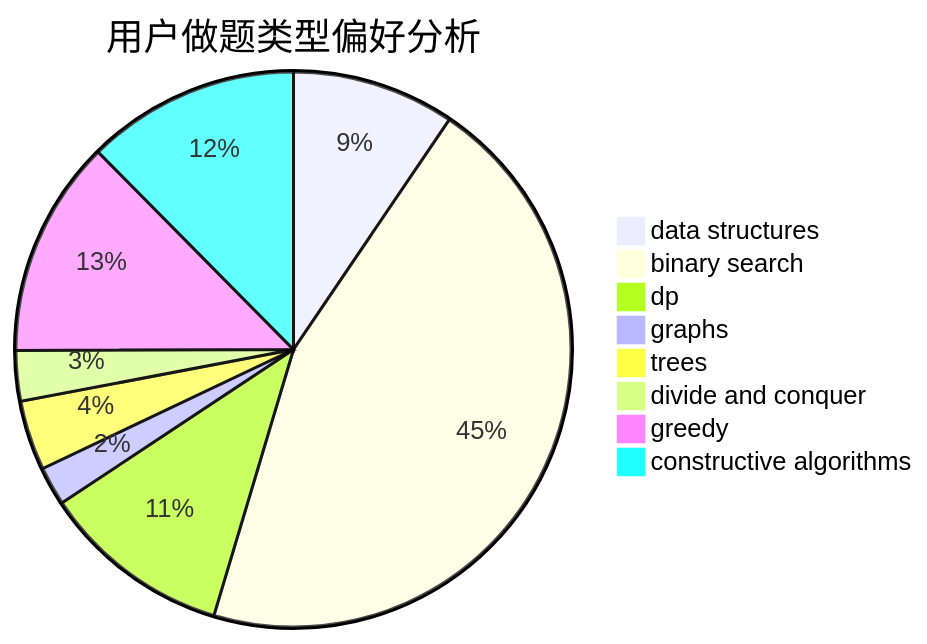
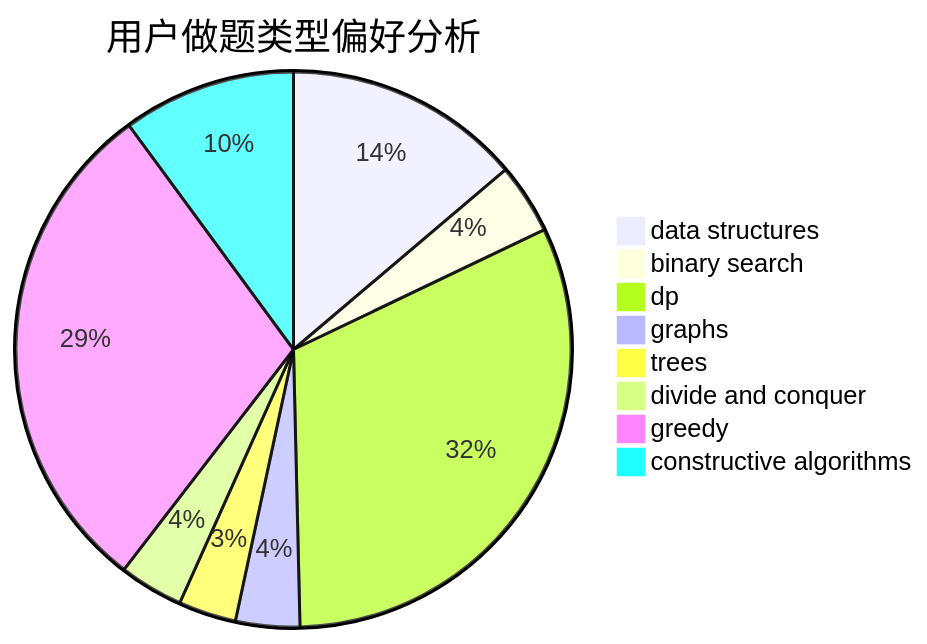
Before and after one commit to sherpahu/cfrs.github.io: the second of 3 diagrams in docs/user/u2759.md, drawn with Mermaid. The commit also changed other lines of this file and 2770 other files, not shown here.

````diff
--- a/docs/user/u2759.md
+++ b/docs/user/u2759.md
@@ -23,11 +23,11 @@
 ```mermaid
 pie title 用户做题类型偏好分析
-    "data structures" :  42
-    "binary search" :  200
-    "dp" :  49
+    "data structures" :  37
+    "binary search" :  11
+    "dp" :  85
     "graphs" :  10
-    "trees" :  18
-    "divide and conquer" :  13
-    "greedy" :  56
-    "constructive algorithms" :  55
+    "trees" :  9
+    "divide and conquer" :  10
+    "greedy" :  79
+    "constructive algorithms" :  27
 ```
````
